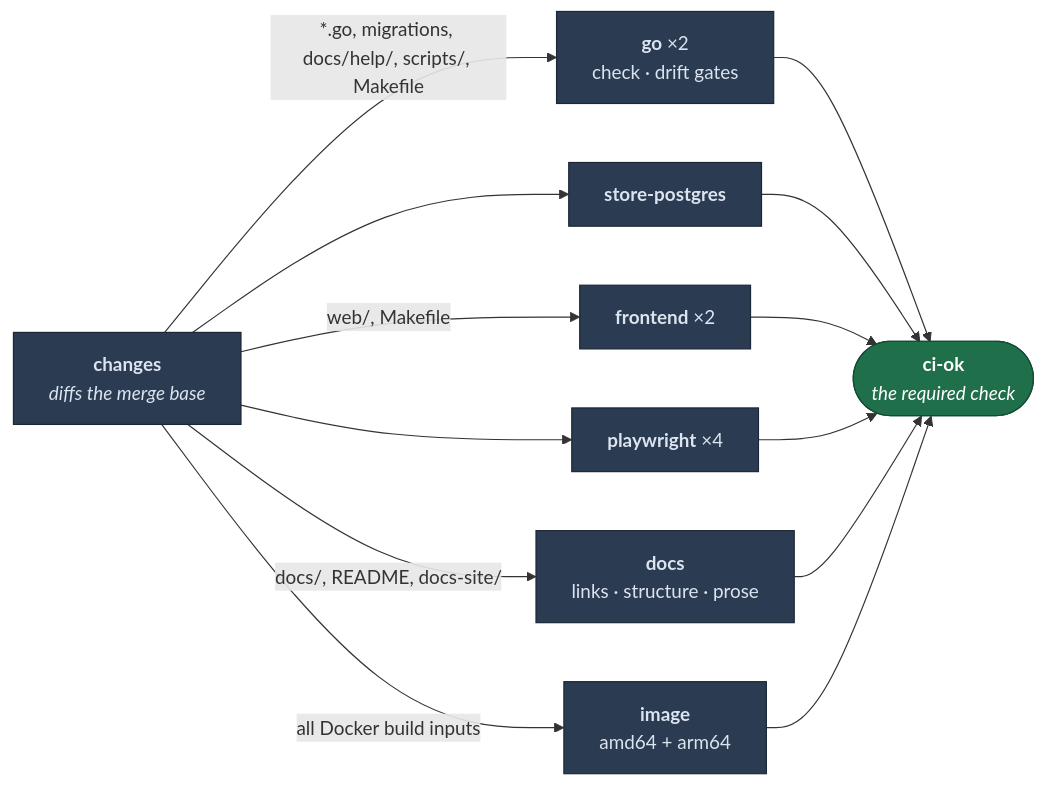
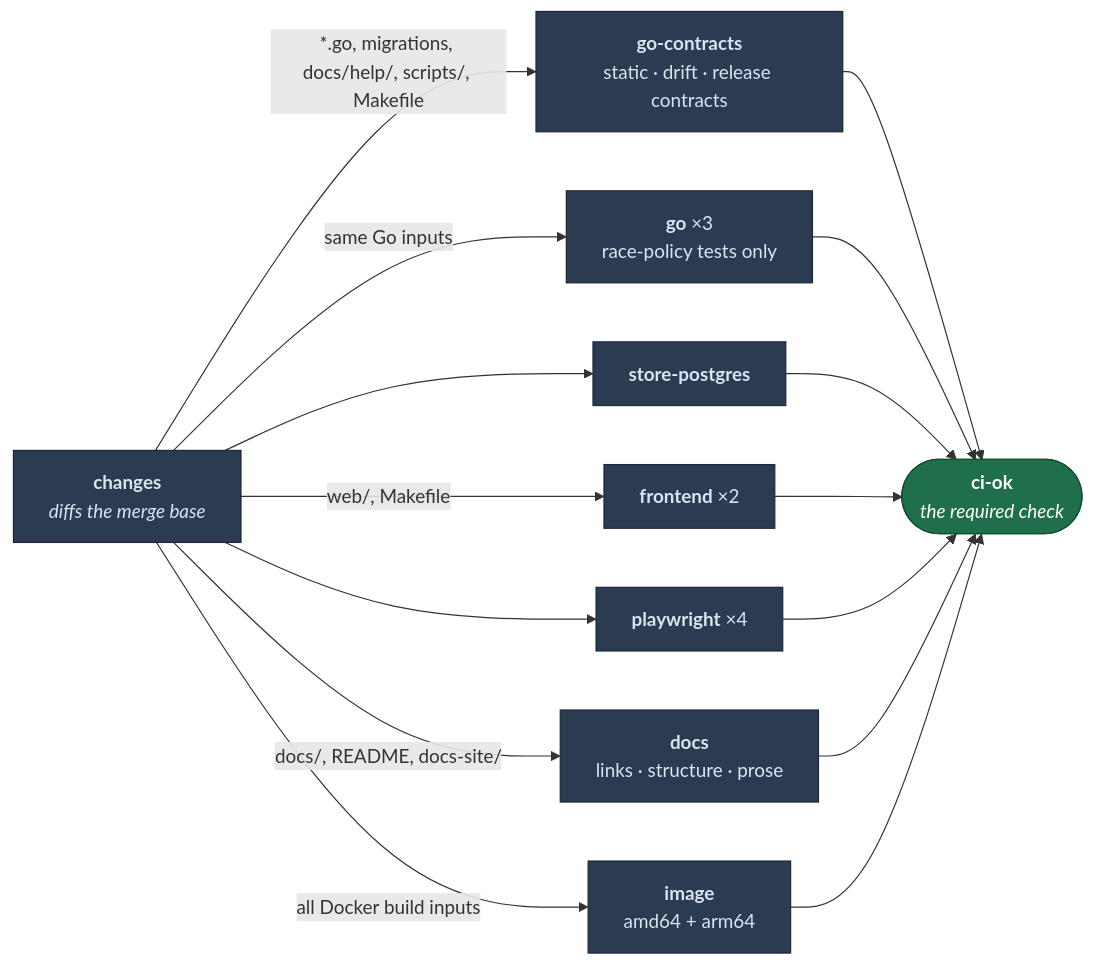
The diagram in docs/dev/ci.md (loomarr/loomarr), drawn with Mermaid before and after one commit. The commit also changed other lines of this file and 7 other files, not shown here.

````diff
--- a/docs/dev/ci.md
+++ b/docs/dev/ci.md
@@ -3,29 +3,32 @@
 ```mermaid
 graph LR
   C["<b>changes</b><br/><i>diffs the merge base</i>"]
-  G["<b>go</b> ×2<br/>check · drift gates"]
+  GC["<b>go-contracts</b><br/>static · drift · release contracts"]
+  G["<b>go</b> ×3<br/>race-policy tests only"]
   P["<b>store-postgres</b>"]
   F["<b>frontend</b> ×2"]
   W["<b>playwright</b> ×4"]
   D["<b>docs</b><br/>links · structure · prose"]
   I["<b>image</b><br/>amd64 + arm64"]
   OK(["<b>ci-ok</b><br/><i>the required check</i>"])
 
-  C -->|"*.go, migrations, docs/help/, scripts/, Makefile"| G
+  C -->|"*.go, migrations, docs/help/, scripts/, Makefile"| GC
+  C -->|"same Go inputs"| G
   C --> P
   C -->|"web/, Makefile"| F
   C --> W
   C -->|"docs/, README, docs-site/"| D
   C -->|"all Docker build inputs"| I
+  GC --> OK
   G --> OK
   P --> OK
   F --> OK
   W --> OK
   D --> OK
   I --> OK
 
   classDef gate fill:#1f6f4a,stroke:#134a31,color:#fff
   classDef job fill:#2b3b52,stroke:#1b2736,color:#dbe4ef
   class OK gate
-  class C,G,P,F,W,D,I job
+  class C,GC,G,P,F,W,D,I job
 ```
````
